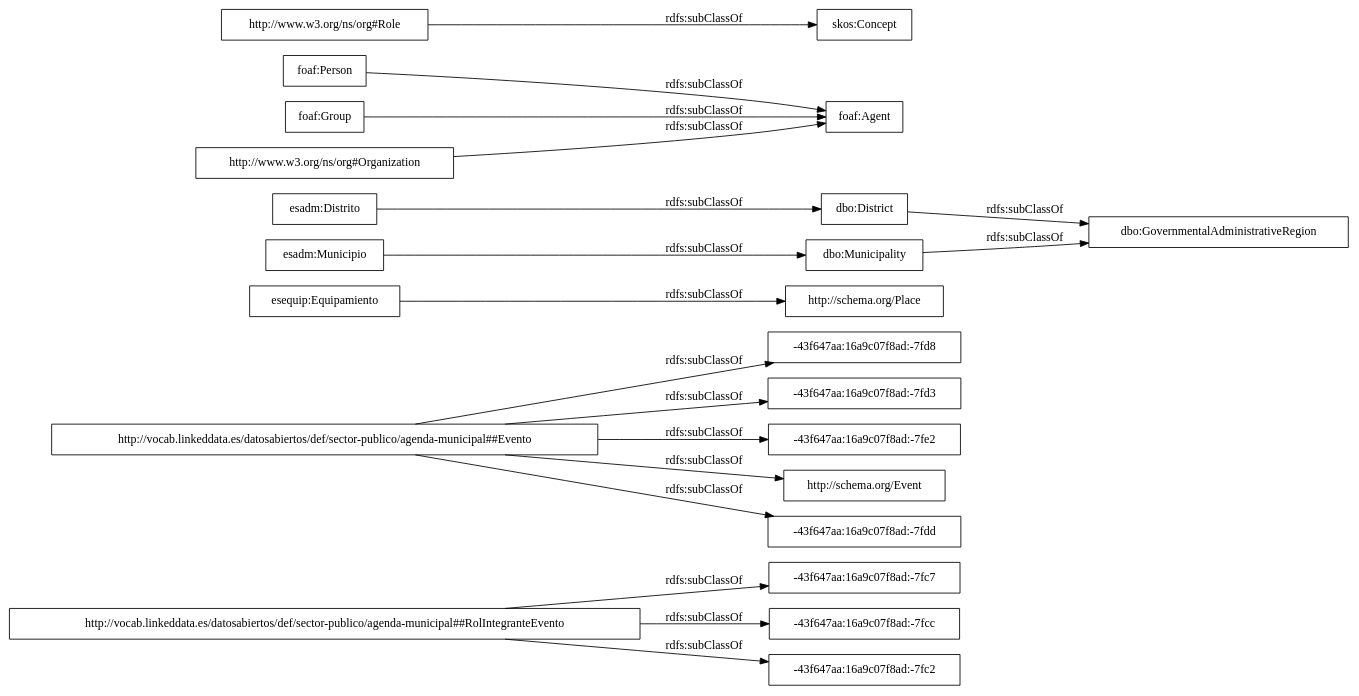
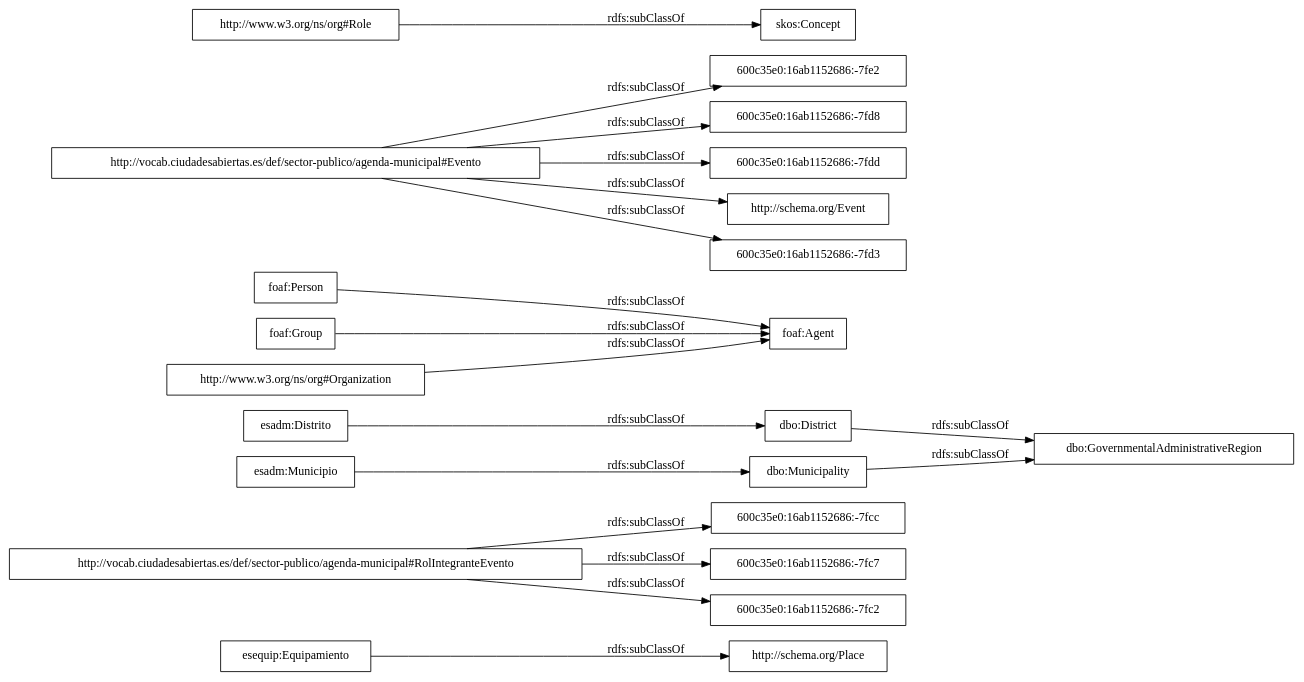
One commit to OnToologyUser/sector-publico-agenda-municipal changed the diagram in OnToology/ontology/agenda-municipal.owl/diagrams/ar2dtool-taxonomy/agenda-municipal.owl.png.dot. Above: the diagram before and after it, drawn with Graphviz. The commit also changed 14 other files, not shown here.

```diff
--- a/OnToology/ontology/agenda-municipal.owl/diagrams/ar2dtool-taxonomy/agenda-municipal.owl.png.dot
+++ b/OnToology/ontology/agenda-municipal.owl/diagrams/ar2dtool-taxonomy/agenda-municipal.owl.png.dot
@@ -1,23 +1,23 @@
 digraph ar2dtool_diagram { 
 rankdir=LR;
 size="1000"
-node [shape = rectangle, color="black"]; "-43f647aa:16a9c07f8ad:-7fc7" "-43f647aa:16a9c07f8ad:-7fd8" "http://vocab.linkeddata.es/datosabiertos/def/sector-publico/agenda-municipal##Evento" "esequip:Equipamiento" "-43f647aa:16a9c07f8ad:-7fd3" "dbo:GovernmentalAdministrativeRegion" "foaf:Agent" "-43f647aa:16a9c07f8ad:-7fe2" "-43f647aa:16a9c07f8ad:-7fcc" "dbo:District" "http://vocab.linkeddata.es/datosabiertos/def/sector-publico/agenda-municipal##RolIntegranteEvento" "http://schema.org/Event" "foaf:Person" "esadm:Distrito" "-43f647aa:16a9c07f8ad:-7fdd" "dbo:Municipality" "-43f647aa:16a9c07f8ad:-7fc2" "foaf:Group" "skos:Concept" "esadm:Municipio" "http://www.w3.org/ns/org#Organization" "http://www.w3.org/ns/org#Role" "http://schema.org/Place" ; /*classes style*/
+node [shape = rectangle, color="black"]; "esequip:Equipamiento" "600c35e0:16ab1152686:-7fcc" "dbo:GovernmentalAdministrativeRegion" "foaf:Agent" "600c35e0:16ab1152686:-7fe2" "600c35e0:16ab1152686:-7fc7" "600c35e0:16ab1152686:-7fd8" "dbo:District" "600c35e0:16ab1152686:-7fdd" "http://vocab.ciudadesabiertas.es/def/sector-publico/agenda-municipal#Evento" "http://schema.org/Event" "foaf:Person" "esadm:Distrito" "600c35e0:16ab1152686:-7fc2" "600c35e0:16ab1152686:-7fd3" "dbo:Municipality" "foaf:Group" "skos:Concept" "http://vocab.ciudadesabiertas.es/def/sector-publico/agenda-municipal#RolIntegranteEvento" "esadm:Municipio" "http://www.w3.org/ns/org#Organization" "http://www.w3.org/ns/org#Role" "http://schema.org/Place" ; /*classes style*/
 	"foaf:Group" -> "foaf:Agent" [ label = "rdfs:subClassOf" ];
 	"http://www.w3.org/ns/org#Organization" -> "foaf:Agent" [ label = "rdfs:subClassOf" ];
 	"http://www.w3.org/ns/org#Role" -> "skos:Concept" [ label = "rdfs:subClassOf" ];
 	"foaf:Person" -> "foaf:Agent" [ label = "rdfs:subClassOf" ];
-	"http://vocab.linkeddata.es/datosabiertos/def/sector-publico/agenda-municipal##Evento" -> "-43f647aa:16a9c07f8ad:-7fd3" [ label = "rdfs:subClassOf" ];
-	"http://vocab.linkeddata.es/datosabiertos/def/sector-publico/agenda-municipal##Evento" -> "-43f647aa:16a9c07f8ad:-7fd8" [ label = "rdfs:subClassOf" ];
-	"http://vocab.linkeddata.es/datosabiertos/def/sector-publico/agenda-municipal##Evento" -> "-43f647aa:16a9c07f8ad:-7fe2" [ label = "rdfs:subClassOf" ];
-	"http://vocab.linkeddata.es/datosabiertos/def/sector-publico/agenda-municipal##Evento" -> "-43f647aa:16a9c07f8ad:-7fdd" [ label = "rdfs:subClassOf" ];
-	"http://vocab.linkeddata.es/datosabiertos/def/sector-publico/agenda-municipal##Evento" -> "http://schema.org/Event" [ label = "rdfs:subClassOf" ];
 	"esadm:Distrito" -> "dbo:District" [ label = "rdfs:subClassOf" ];
 	"dbo:Municipality" -> "dbo:GovernmentalAdministrativeRegion" [ label = "rdfs:subClassOf" ];
 	"dbo:District" -> "dbo:GovernmentalAdministrativeRegion" [ label = "rdfs:subClassOf" ];
+	"http://vocab.ciudadesabiertas.es/def/sector-publico/agenda-municipal#Evento" -> "http://schema.org/Event" [ label = "rdfs:subClassOf" ];
+	"http://vocab.ciudadesabiertas.es/def/sector-publico/agenda-municipal#Evento" -> "600c35e0:16ab1152686:-7fd3" [ label = "rdfs:subClassOf" ];
+	"http://vocab.ciudadesabiertas.es/def/sector-publico/agenda-municipal#Evento" -> "600c35e0:16ab1152686:-7fd8" [ label = "rdfs:subClassOf" ];
+	"http://vocab.ciudadesabiertas.es/def/sector-publico/agenda-municipal#Evento" -> "600c35e0:16ab1152686:-7fdd" [ label = "rdfs:subClassOf" ];
+	"http://vocab.ciudadesabiertas.es/def/sector-publico/agenda-municipal#Evento" -> "600c35e0:16ab1152686:-7fe2" [ label = "rdfs:subClassOf" ];
 	"esequip:Equipamiento" -> "http://schema.org/Place" [ label = "rdfs:subClassOf" ];
-	"http://vocab.linkeddata.es/datosabiertos/def/sector-publico/agenda-municipal##RolIntegranteEvento" -> "-43f647aa:16a9c07f8ad:-7fc2" [ label = "rdfs:subClassOf" ];
-	"http://vocab.linkeddata.es/datosabiertos/def/sector-publico/agenda-municipal##RolIntegranteEvento" -> "-43f647aa:16a9c07f8ad:-7fc7" [ label = "rdfs:subClassOf" ];
-	"http://vocab.linkeddata.es/datosabiertos/def/sector-publico/agenda-municipal##RolIntegranteEvento" -> "-43f647aa:16a9c07f8ad:-7fcc" [ label = "rdfs:subClassOf" ];
+	"http://vocab.ciudadesabiertas.es/def/sector-publico/agenda-municipal#RolIntegranteEvento" -> "600c35e0:16ab1152686:-7fc2" [ label = "rdfs:subClassOf" ];
+	"http://vocab.ciudadesabiertas.es/def/sector-publico/agenda-municipal#RolIntegranteEvento" -> "600c35e0:16ab1152686:-7fc7" [ label = "rdfs:subClassOf" ];
+	"http://vocab.ciudadesabiertas.es/def/sector-publico/agenda-municipal#RolIntegranteEvento" -> "600c35e0:16ab1152686:-7fcc" [ label = "rdfs:subClassOf" ];
 	"esadm:Municipio" -> "dbo:Municipality" [ label = "rdfs:subClassOf" ];
 
 }
```
